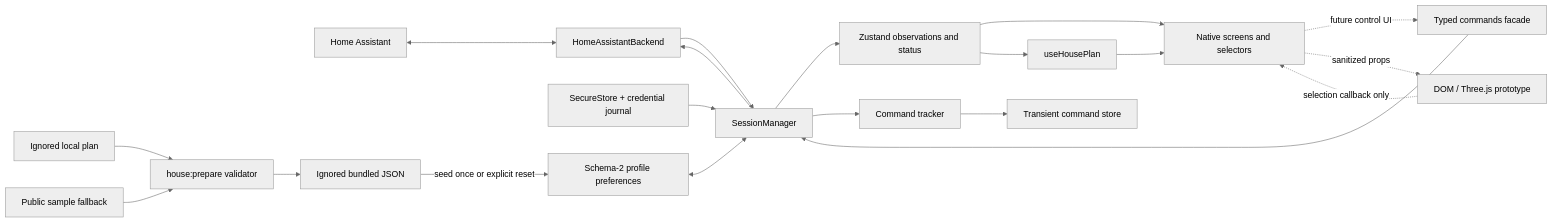
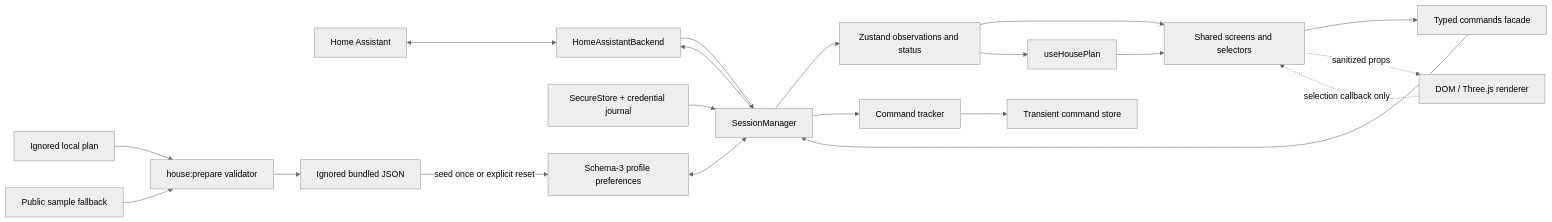
The diagram in docs/BACKLOG.md (Jeremya/cockpit-home-assistant), drawn with Mermaid (neutral theme) before and after one commit. The commit also changed other lines of this file and 43 other files, not shown here.

````diff
--- a/docs/BACKLOG.md
+++ b/docs/BACKLOG.md
@@ -31,22 +33,22 @@
 ```mermaid
 flowchart LR
   HA[Home Assistant] <--> Backend[HomeAssistantBackend]
   Backend --> Manager[SessionManager]
   Credentials[SecureStore + credential journal] --> Manager
-  Prefs[Schema-2 profile preferences] <--> Manager
+  Prefs[Schema-3 profile preferences] <--> Manager
   Manager --> Store[Zustand observations and status]
-  Store --> Native[Native screens and selectors]
+  Store --> Native[Shared screens and selectors]
   Local[Ignored local plan] --> Prepare[house:prepare validator]
   Sample[Public sample fallback] --> Prepare
   Prepare --> Bundle[Ignored bundled JSON]
   Bundle -->|seed once or explicit reset| Prefs
   Store --> Plan[useHousePlan]
   Plan --> Native
-  Native -. future control UI .-> Commands[Typed commands facade]
+  Native --> Commands[Typed commands facade]
   Commands --> Manager
   Manager --> Backend
   Manager --> Tracker[Command tracker]
   Tracker --> Outcomes[Transient command store]
-  Native -. sanitized props .-> Scene[DOM / Three.js prototype]
+  Native -. sanitized props .-> Scene[DOM / Three.js renderer]
   Scene -. selection callback only .-> Native
 ```
````
